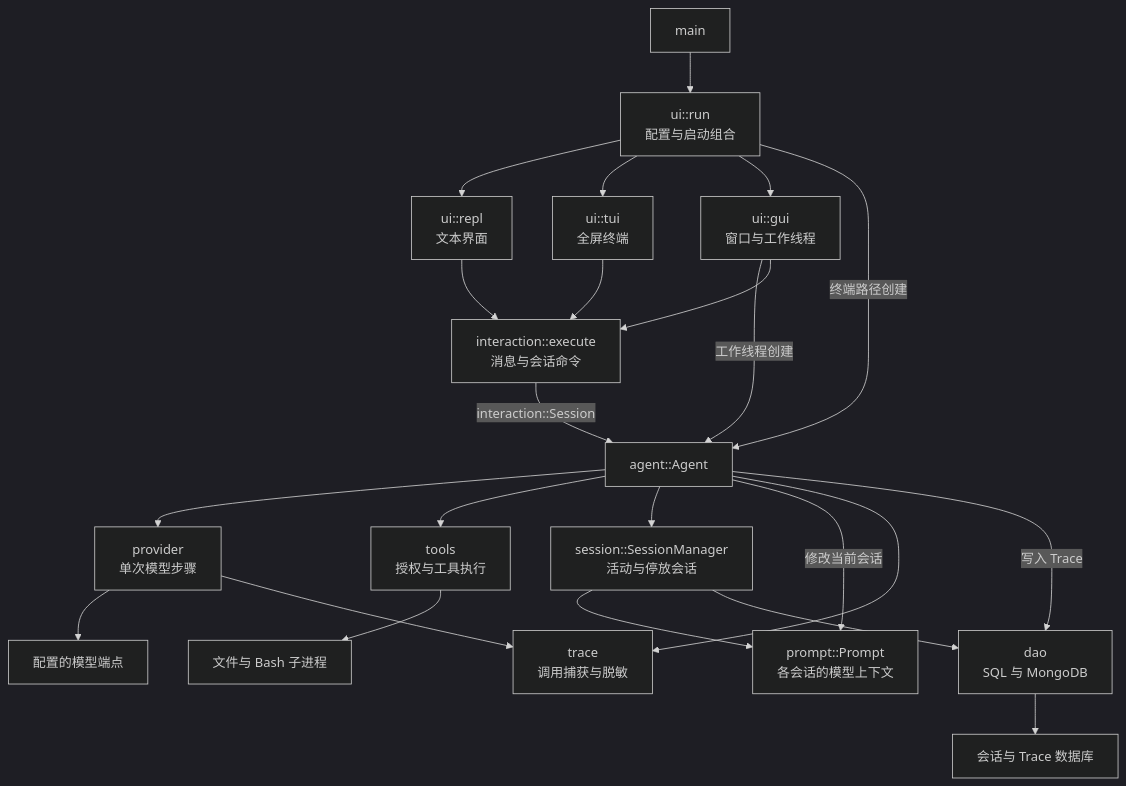
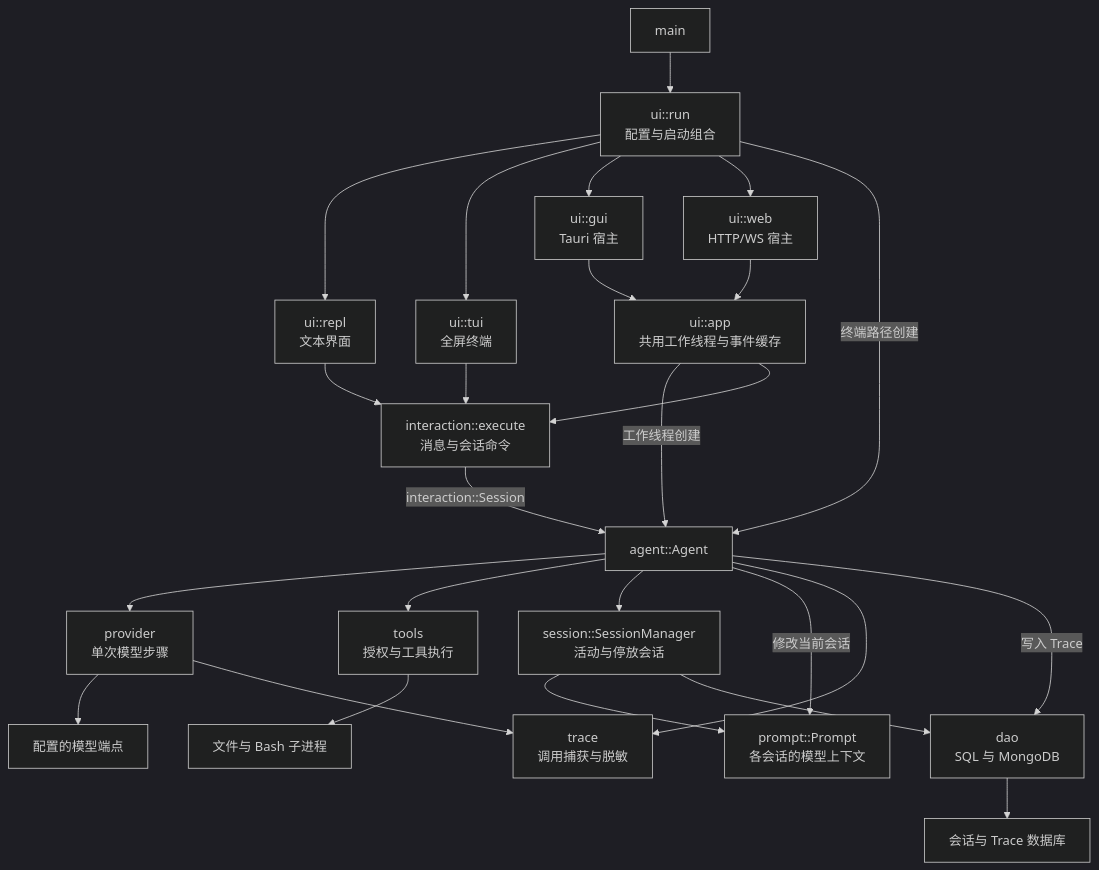
The second of 4 diagrams in docs/design/architecture.md (Godyu97/geer-agent), drawn with Mermaid (dark theme) before and after one commit. The commit also changed other lines of this file and 61 other files, not shown here.

````diff
--- a/docs/design/architecture.md
+++ b/docs/design/architecture.md
@@ -71,25 +108,28 @@
 ```mermaid
 flowchart TD
     Main["main"] --> UI["ui::run<br/>配置与启动组合"]
     UI --> Repl["ui::repl<br/>文本界面"]
     UI --> Tui["ui::tui<br/>全屏终端"]
-    UI --> Gui["ui::gui<br/>窗口与工作线程"]
+    UI --> Gui["ui::gui<br/>Tauri 宿主"]
+    UI --> Web["ui::web<br/>HTTP/WS 宿主"]
+    Gui --> App["ui::app<br/>共用工作线程与事件缓存"]
+    Web --> App
     UI -->|"终端路径创建"| Agent["agent::Agent"]
-    Gui -->|"工作线程创建"| Agent
+    App -->|"工作线程创建"| Agent
     Repl --> Execute["interaction::execute<br/>消息与会话命令"]
     Tui --> Execute
-    Gui --> Execute
+    App --> Execute
     Execute -->|"interaction::Session"| Agent
     Agent --> Provider["provider<br/>单次模型步骤"]
     Agent --> Tools["tools<br/>授权与工具执行"]
     Agent --> Sessions["session::SessionManager<br/>活动与停放会话"]
     Sessions --> Prompt["prompt::Prompt<br/>各会话的模型上下文"]
     Agent -->|"修改当前会话"| Prompt
     Provider --> LLM["配置的模型端点"]
     Tools --> Local["文件与 Bash 子进程"]
     Sessions --> DAO["dao<br/>SQL 与 MongoDB"]
     Agent --> Trace["trace<br/>调用捕获与脱敏"]
     Provider --> Trace
     Agent -->|"写入 Trace"| DAO
     DAO --> DB["会话与 Trace 数据库"]
 ```
````
